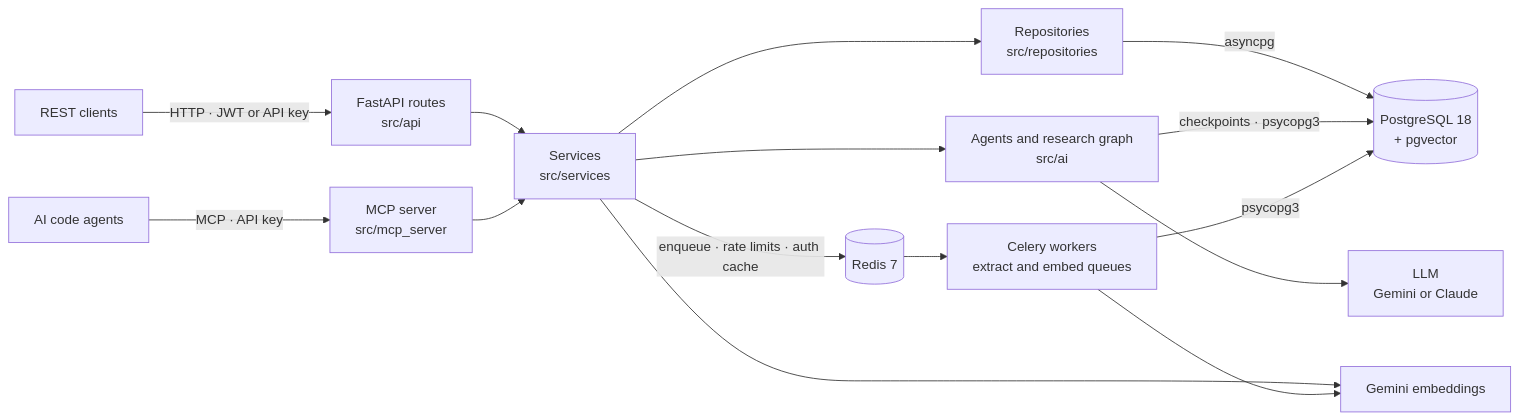
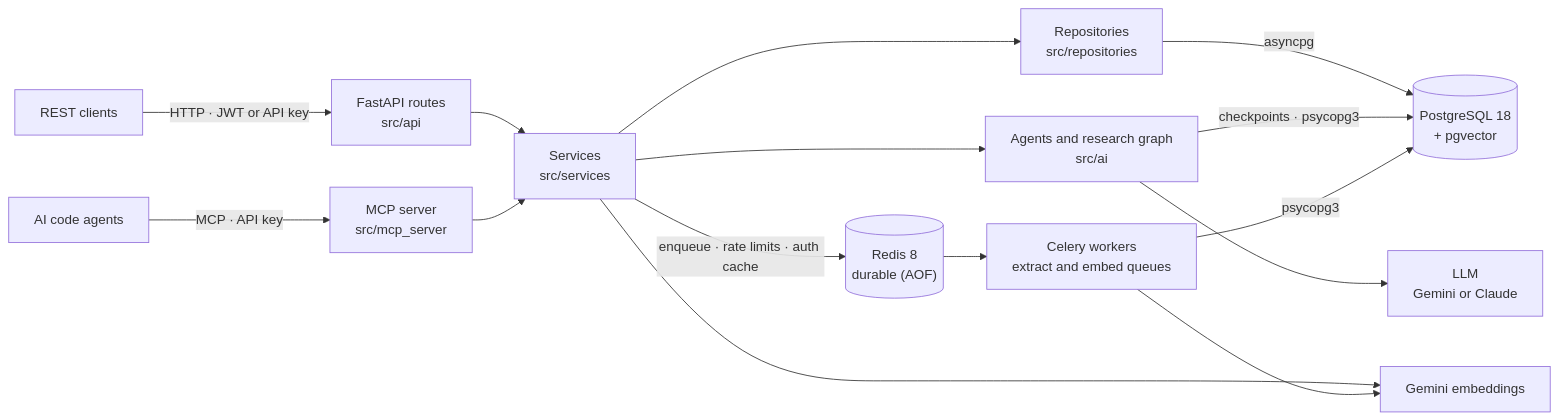
The diagram in README.md (Serafim-Yablonski/KnowledgePlatform), drawn with Mermaid before and after one commit. The commit also changed other lines of this file and 73 other files, not shown here.

````diff
--- a/README.md
+++ b/README.md
@@ -24,17 +24,17 @@
 ```mermaid
 graph LR
     REST["REST clients"] -->|HTTP · JWT or API key| API["FastAPI routes<br/>src/api"]
     AGENT["AI code agents"] -->|MCP · API key| MCP["MCP server<br/>src/mcp_server"]
     API --> SVC["Services<br/>src/services"]
     MCP --> SVC
     SVC --> REPO["Repositories<br/>src/repositories"]
     SVC --> AI["Agents and research graph<br/>src/ai"]
     REPO -->|asyncpg| PG[("PostgreSQL 18<br/>+ pgvector")]
     AI -->|checkpoints · psycopg3| PG
     AI --> LLM["LLM<br/>Gemini or Claude"]
     SVC --> EMB["Gemini embeddings"]
-    SVC -->|enqueue · rate limits · auth cache| REDIS[("Redis 7")]
+    SVC -->|enqueue · rate limits · auth cache| REDIS[("Redis 8<br/>durable (AOF)")]
     REDIS --> W["Celery workers<br/>extract and embed queues"]
     W -->|psycopg3| PG
     W --> EMB
 ```
````
